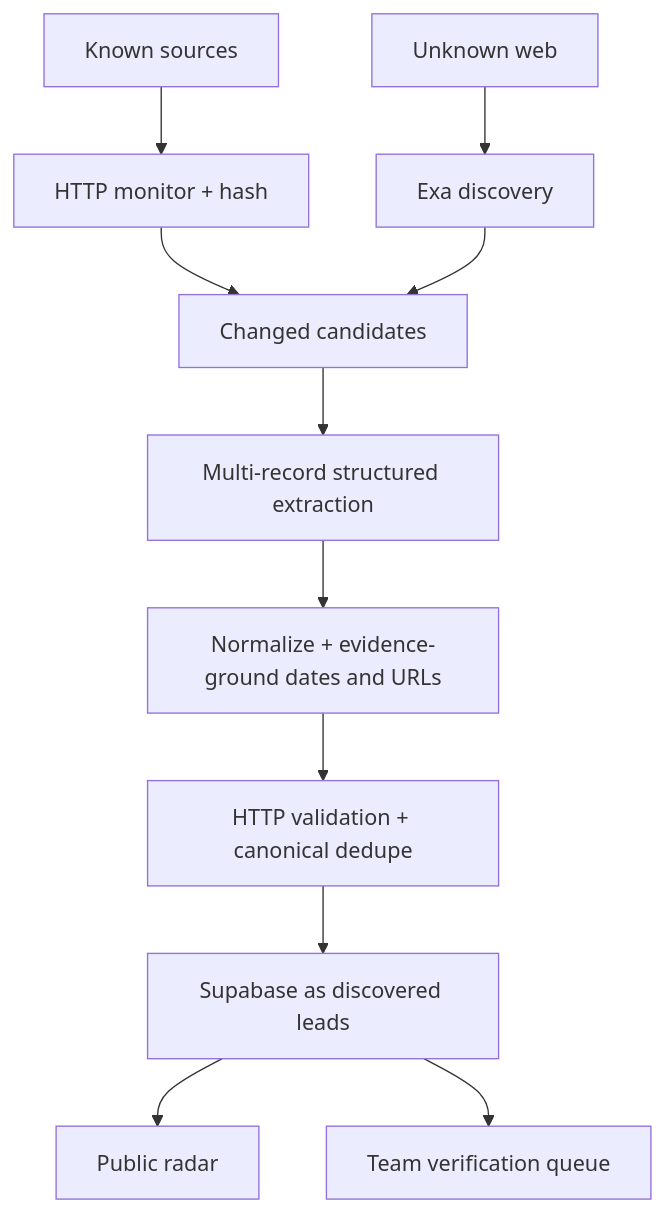
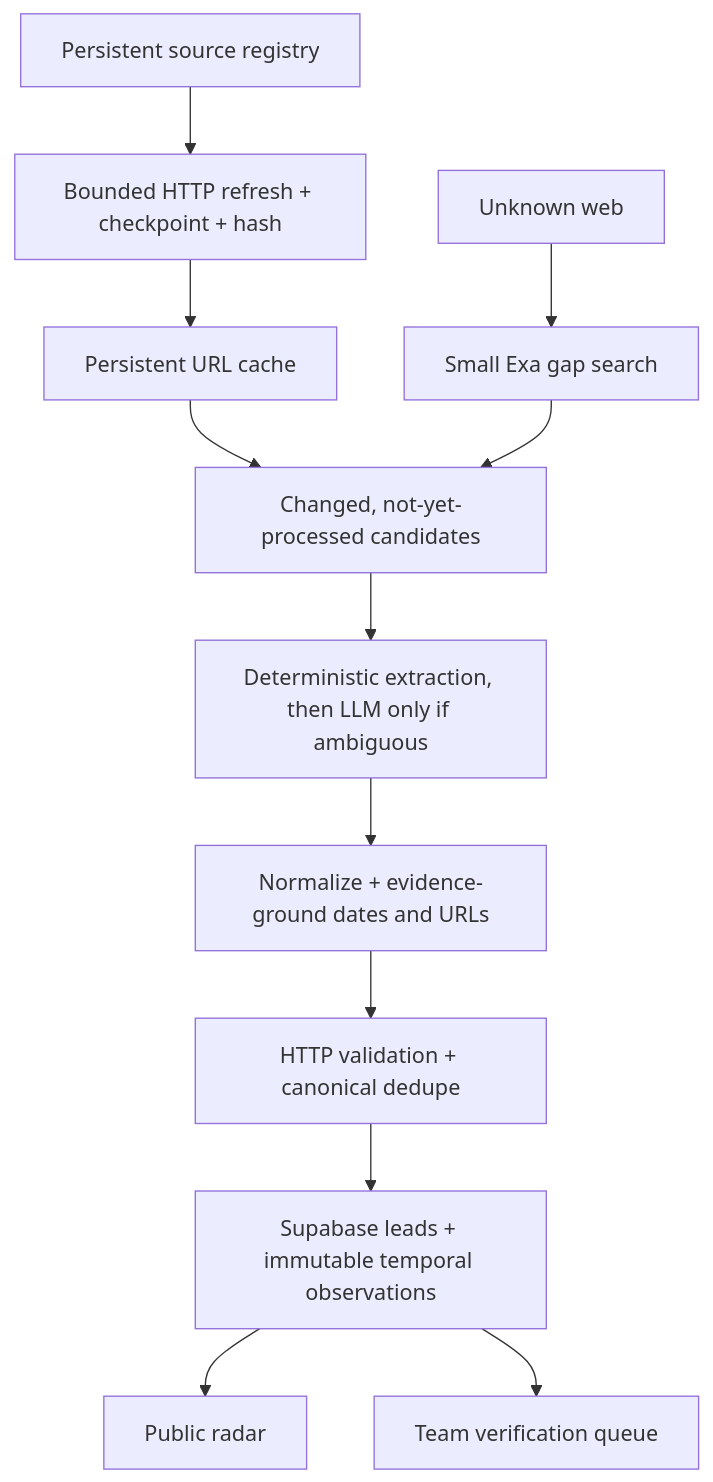
The diagram in README.md (DanielSan-hub/cineradar), drawn with Mermaid before and after one commit. The commit also changed other lines of this file and 50 other files, not shown here.

````diff
--- a/README.md
+++ b/README.md
@@ -59,13 +66,14 @@
 ```mermaid
 flowchart TD
-  A["Known sources"] --> B["HTTP monitor + hash"]
-  C["Unknown web"] --> D["Exa discovery"]
-  B --> E["Changed candidates"]
+  A["Persistent source registry"] --> B["Bounded HTTP refresh + checkpoint + hash"]
+  C["Unknown web"] --> D["Small Exa gap search"]
+  B --> L["Persistent URL cache"]
+  L --> E["Changed, not-yet-processed candidates"]
   D --> E
-  E --> F["Multi-record structured extraction"]
+  E --> F["Deterministic extraction, then LLM only if ambiguous"]
   F --> G["Normalize + evidence-ground dates and URLs"]
   G --> K["HTTP validation + canonical dedupe"]
-  K --> H["Supabase as discovered leads"]
+  K --> H["Supabase leads + immutable temporal observations"]
   H --> I["Public radar"]
   H --> J["Team verification queue"]
 ```
````
